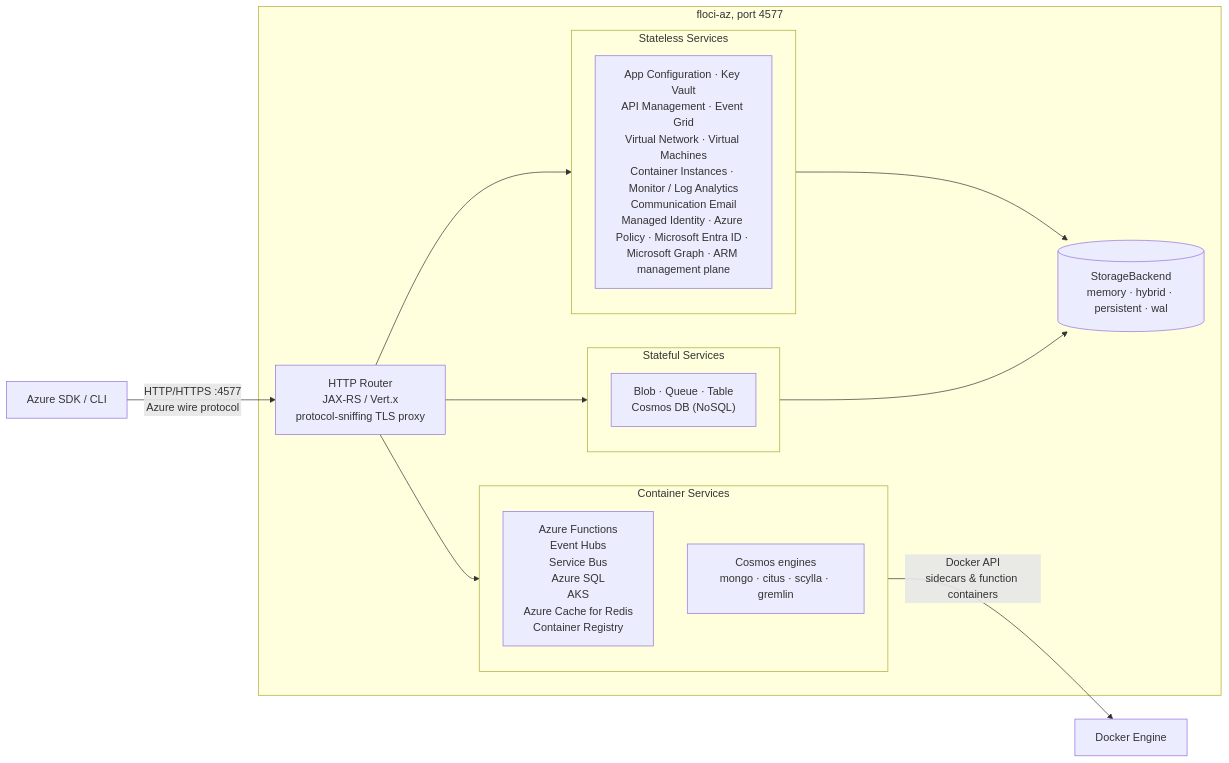
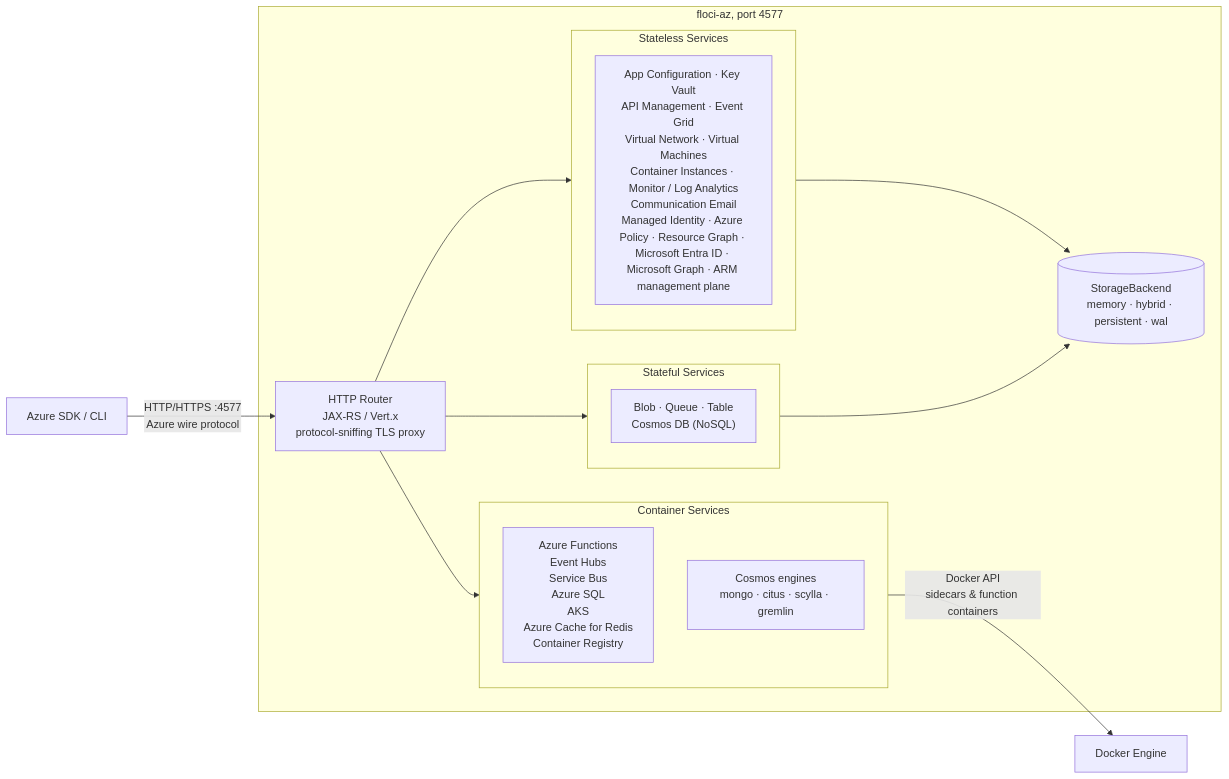
One commit to floci-io/floci-az changed the diagram in README.md. Above: the diagram before and after it, drawn with Mermaid. The commit also changed other lines of this file and 18 other files, not shown here.

Commit message:
feat(resourcegraph): add Azure Resource Graph queries over resources, containers and policy resources

````diff
--- a/README.md
+++ b/README.md
@@ -273,30 +274,30 @@
 ```mermaid
 flowchart LR
     Client["Azure SDK / CLI"]
 
     subgraph FlociAz ["floci-az, port 4577"]
         Router["HTTP Router\nJAX-RS / Vert.x\nprotocol-sniffing TLS proxy"]
 
         subgraph Stateless ["Stateless Services"]
-            A["App Configuration · Key Vault\nAPI Management · Event Grid\nVirtual Network · Virtual Machines\nContainer Instances · Monitor / Log Analytics\nCommunication Email\nManaged Identity · Azure Policy · Microsoft Entra ID · Microsoft Graph · ARM management plane"]
+            A["App Configuration · Key Vault\nAPI Management · Event Grid\nVirtual Network · Virtual Machines\nContainer Instances · Monitor / Log Analytics\nCommunication Email\nManaged Identity · Azure Policy · Resource Graph · Microsoft Entra ID · Microsoft Graph · ARM management plane"]
         end
 
         subgraph Stateful ["Stateful Services"]
             B["Blob · Queue · Table\nCosmos DB (NoSQL)"]
         end
 
         subgraph Containers ["Container Services"]
             C["Azure Functions\nEvent Hubs\nService Bus\nAzure SQL\nAKS\nAzure Cache for Redis\nContainer Registry"]
             D["Cosmos engines\nmongo · citus · scylla · gremlin"]
         end
 
         Router --> Stateless
         Router --> Stateful
         Router --> Containers
         Stateless & Stateful --> Store[("StorageBackend\nmemory · hybrid · persistent · wal")]
     end
 
     Docker["Docker Engine"]
     Client -->|"HTTP/HTTPS :4577\nAzure wire protocol"| Router
     Containers -->|"Docker API\nsidecars & function containers"| Docker
 ```
````
